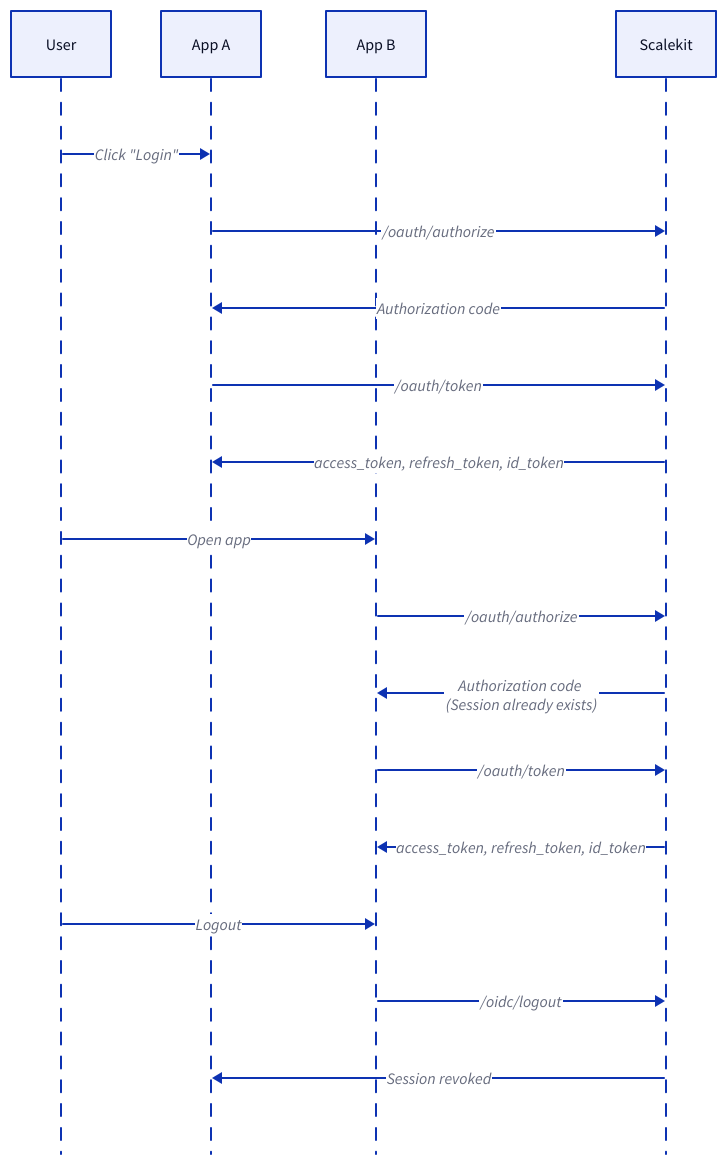
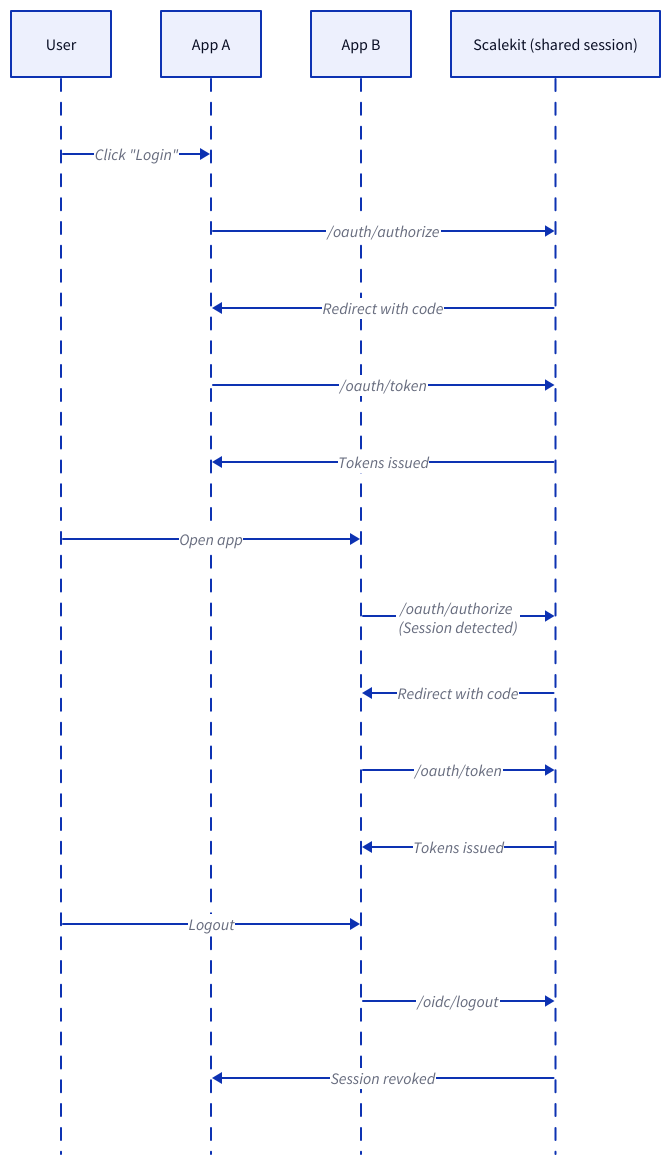
One commit to scalekit-inc/developer-docs changed the diagram in src/content/docs/authenticate/fsa/multiapp/overview.mdx. Above: the diagram before and after it, drawn with D2. The commit also changed other lines of this file and 3 other files, not shown here.

````diff
--- a/src/content/docs/authenticate/fsa/multiapp/overview.mdx
+++ b/src/content/docs/authenticate/fsa/multiapp/overview.mdx
@@ -72,24 +59,24 @@
 ```d2
 shape: sequence_diagram
 
 User
 "App A"
 "App B"
-Scalekit
+"Scalekit (shared session)"
 
 User -> "App A": Click "Login"
-"App A" -> Scalekit: /oauth/authorize
-Scalekit -> "App A": Authorization code
-"App A" -> Scalekit: /oauth/token
-Scalekit -> "App A": access_token, refresh_token, id_token
+"App A" -> "Scalekit (shared session)": /oauth/authorize
+"Scalekit (shared session)" -> "App A": Redirect with code
+"App A" -> "Scalekit (shared session)": /oauth/token
+"Scalekit (shared session)" -> "App A": Tokens issued
 
 User -> "App B": Open app
-"App B" -> Scalekit: /oauth/authorize
-Scalekit -> "App B": Authorization code \n (Session already exists)
-"App B" -> Scalekit: /oauth/token
-Scalekit -> "App B": access_token, refresh_token, id_token
+"App B" -> "Scalekit (shared session)": /oauth/authorize \n (Session detected)
+"Scalekit (shared session)" -> "App B": Redirect with code
+"App B" -> "Scalekit (shared session)": /oauth/token
+"Scalekit (shared session)" -> "App B": Tokens issued
 
 User -> "App B": Logout
-"App B" -> Scalekit: /oidc/logout
-Scalekit -> "App A": Session revoked
+"App B" -> "Scalekit (shared session)": /oidc/logout
+"Scalekit (shared session)" -> "App A": Session revoked
 ```
````
